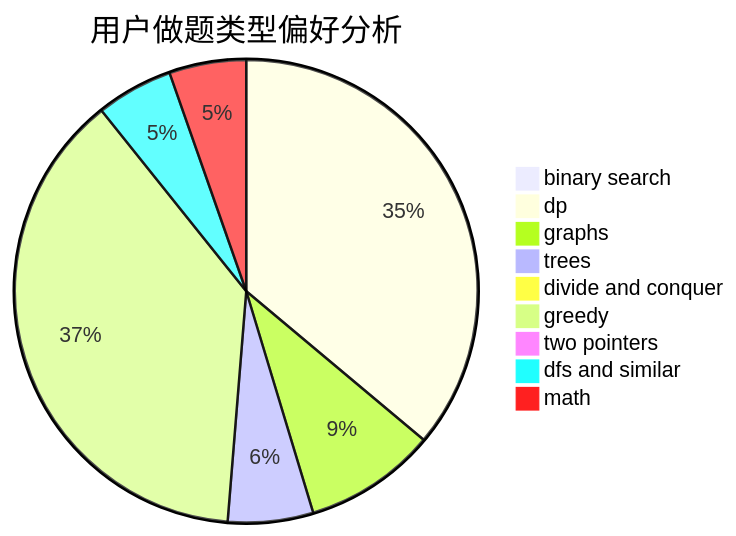
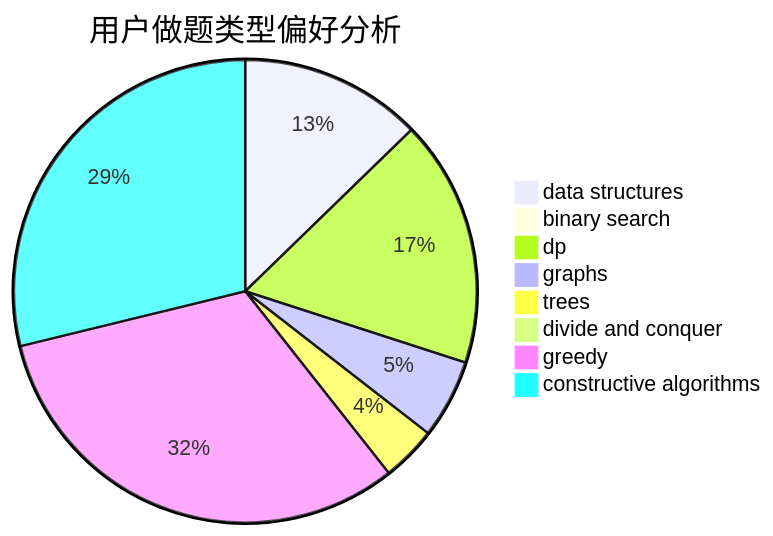
The second of 3 diagrams in docs/user/u1208.md (sherpahu/cfrs.github.io), drawn with Mermaid before and after one commit. The commit also changed other lines of this file and 2775 other files, not shown here.

````diff
--- a/docs/user/u1208.md
+++ b/docs/user/u1208.md
@@ -23,12 +23,11 @@
 ```mermaid
 pie title 用户做题类型偏好分析
-    "binary search" :  5
-    "dp" :  309
-    "graphs" :  79
-    "trees" :  51
-    "divide and conquer" :  8
-    "greedy" :  325
-    "two pointers" :  3
-    "dfs and similar" :  46
-    "math" :  46
+    "data structures" :  76
+    "binary search" :  0
+    "dp" :  103
+    "graphs" :  33
+    "trees" :  23
+    "divide and conquer" :  5
+    "greedy" :  190
+    "constructive algorithms" :  172
 ```
````
